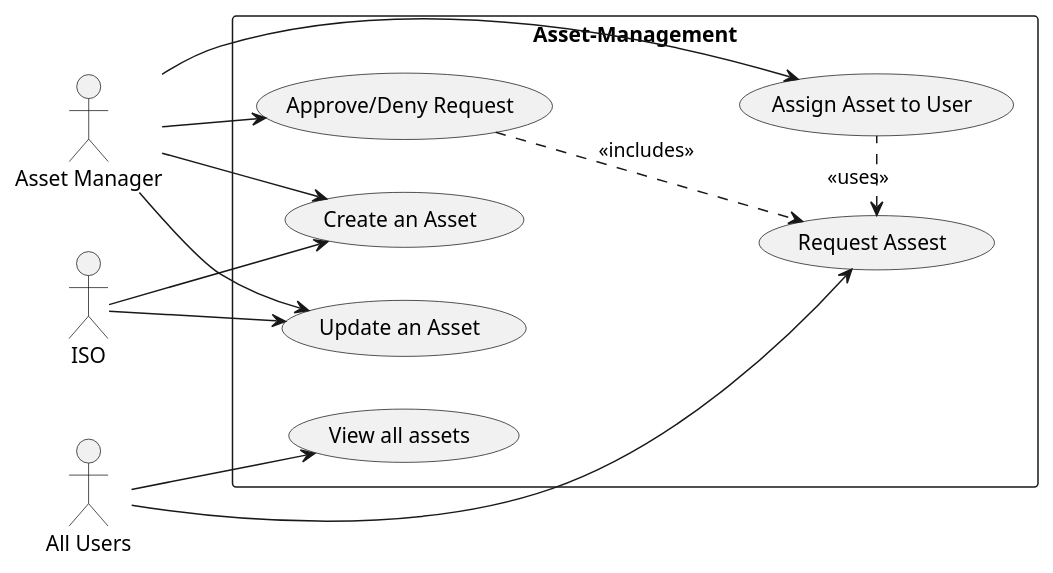
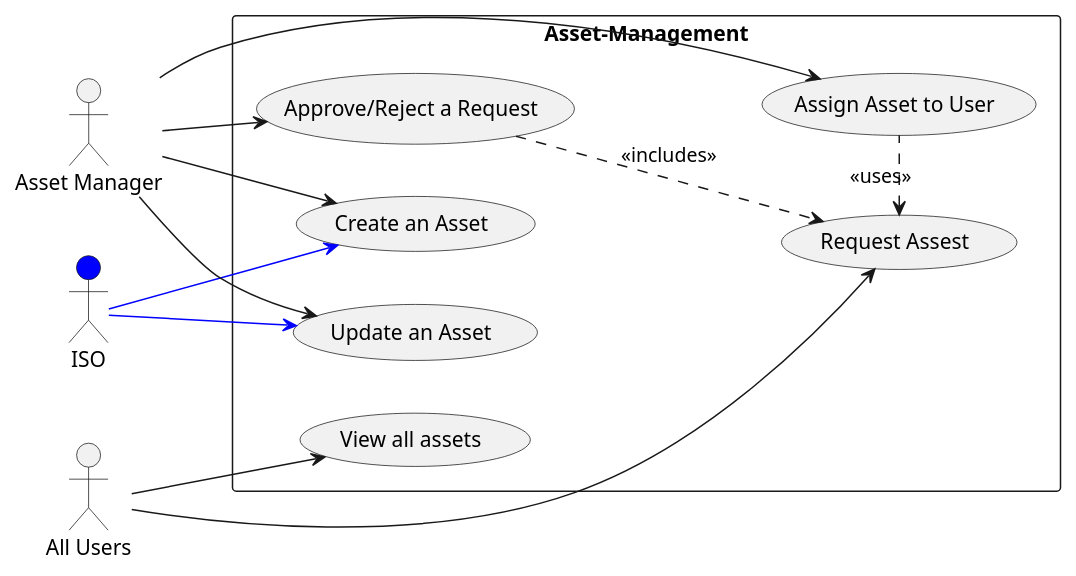
One commit to COS301-SE-2023/InfoSafe changed the diagram in Documentation/Diagrams/Asset-Management.puml. Above: the diagram before and after it, drawn with PlantUML. The commit also changed 2 other files, not shown here.

Commit message:
Updated the usecase diagrams.
Added colour separation and uses.

```diff
--- a/Documentation/Diagrams/Asset-Management.puml
+++ b/Documentation/Diagrams/Asset-Management.puml
@@ -1,24 +1,24 @@
 @startuml
 left to right direction
 actor "Asset Manager" as am
-actor "ISO" as iso
+actor "ISO" as iso #blue
 actor "All Users" as user
 rectangle Asset-Management {
   usecase "Create an Asset" as UC1
   usecase "Update an Asset" as UC2
   usecase "Assign Asset to User" as UC3
   usecase "View all assets" as UC4
   usecase "Request Assest" as UC5
-  usecase "Approve/Deny Request" as UC6
+  usecase "Approve/Reject a Request" as UC6
 }
-iso --> UC1
-iso --> UC2
+iso -[#blue]-> UC1
+iso -[#blue]-> UC2
 am --> UC1
 am --> UC2
 am --> UC3
 am --> UC6
 user --> UC4
 user --> UC5
 UC5 <. UC3 : <<uses>>
 UC6 ..> UC5 : <<includes>>
 @enduml
```
